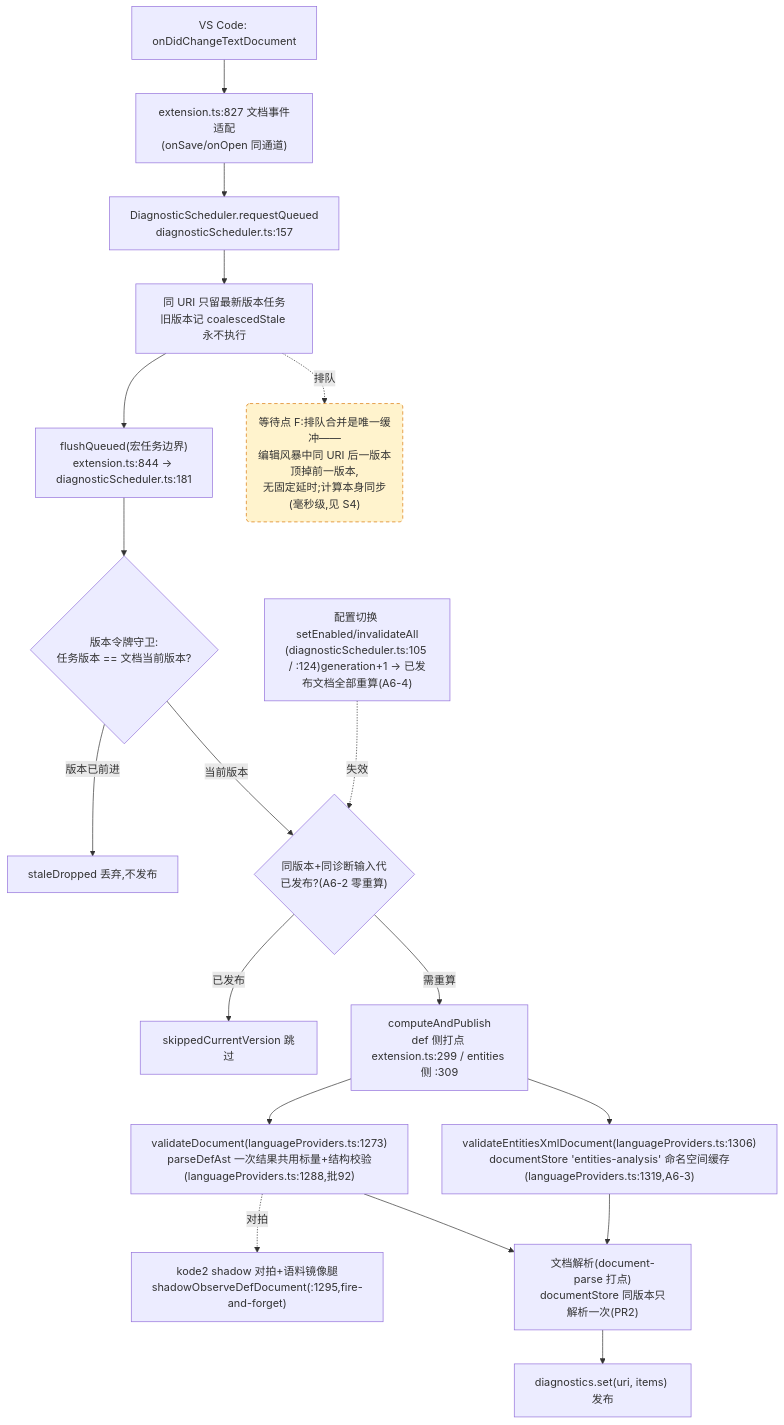
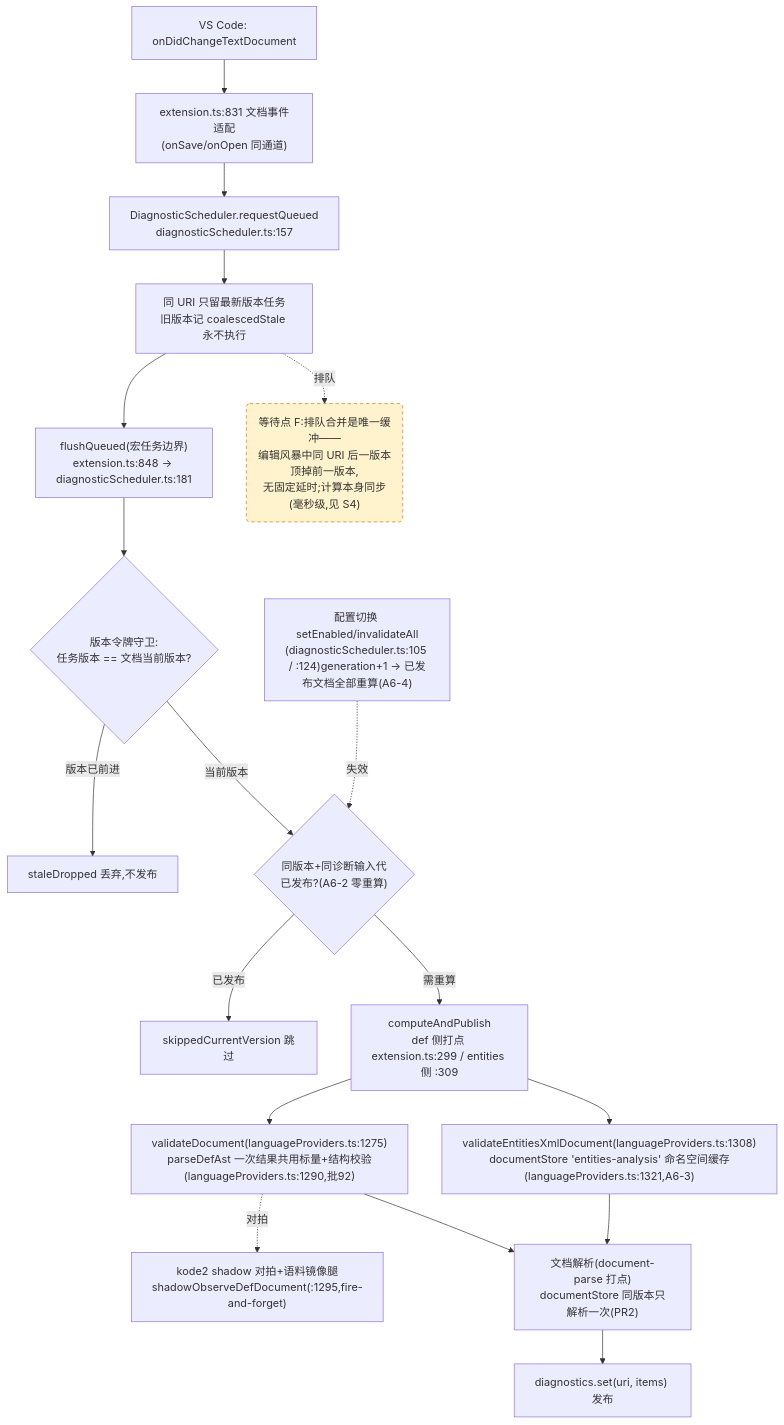
Before and after one commit to cuihairu/kode: the fourth of 4 diagrams in docs/perf/2026-baseline.md, drawn with Mermaid. The commit also changed other lines of this file and 5 other files, not shown here.

````diff
--- a/docs/perf/2026-baseline.md
+++ b/docs/perf/2026-baseline.md
@@ -214,38 +214,38 @@
 ```mermaid
 flowchart TD
   CHG["VS Code: onDidChangeTextDocument"]
-  WATCH["extension.ts:827 文档事件适配<br/>(onSave/onOpen 同通道)"]
+  WATCH["extension.ts:831 文档事件适配<br/>(onSave/onOpen 同通道)"]
   RQ["DiagnosticScheduler.requestQueued<br/>diagnosticScheduler.ts:157"]
   CO["同 URI 只留最新版本任务<br/>旧版本记 coalescedStale 永不执行"]
-  FL["flushQueued(宏任务边界)<br/>extension.ts:844 → diagnosticScheduler.ts:181"]
+  FL["flushQueued(宏任务边界)<br/>extension.ts:848 → diagnosticScheduler.ts:181"]
   VG{"版本令牌守卫:<br/>任务版本 == 文档当前版本?"}
   DROP["staleDropped 丢弃,不发布"]
   GEN{"同版本+同诊断输入代<br/>已发布?(A6-2 零重算)"}
   SKIP["skippedCurrentVersion 跳过"]
   CALC["computeAndPublish<br/>def 侧打点 extension.ts:299 / entities 侧 :309"]
-  VD["validateDocument(languageProviders.ts:1273)<br/>parseDefAst 一次结果共用标量+结构校验(languageProviders.ts:1288,批92)"]
-  VEX["validateEntitiesXmlDocument(languageProviders.ts:1306)<br/>documentStore 'entities-analysis' 命名空间缓存(languageProviders.ts:1319,A6-3)"]
+  VD["validateDocument(languageProviders.ts:1275)<br/>parseDefAst 一次结果共用标量+结构校验(languageProviders.ts:1290,批92)"]
+  VEX["validateEntitiesXmlDocument(languageProviders.ts:1308)<br/>documentStore 'entities-analysis' 命名空间缓存(languageProviders.ts:1321,A6-3)"]
   SHDD["kode2 shadow 对拍+语料镜像腿<br/>shadowObserveDefDocument(:1295,fire-and-forget)"]
   DS["文档解析(document-parse 打点)<br/>documentStore 同版本只解析一次(PR2)"]
   PUB["diagnostics.set(uri, items) 发布"]
   CFG2["配置切换 setEnabled/invalidateAll<br/>(diagnosticScheduler.ts:105 / :124)generation+1 → 已发布文档全部重算(A6-4)"]
 
   CHG --> WATCH --> RQ --> CO --> FL --> VG
   VG -- "版本已前进" --> DROP
   VG -- "当前版本" --> GEN
   GEN -- "已发布" --> SKIP
   GEN -- "需重算" --> CALC
   CALC --> VD
   CALC --> VEX
   VD --> DS
   VEX --> DS
   DS --> PUB
   VD -.->|对拍| SHDD
   CFG2 -.->|失效| GEN
 
   WAITF("等待点 F:排队合并是唯一缓冲——<br/>编辑风暴中同 URI 后一版本顶掉前一版本,<br/>无固定延时;计算本身同步(毫秒级,见 S4)")
   CO -.->|排队| WAITF
 
   classDef waitPoint fill:#fff3cd,stroke:#d97706,stroke-dasharray:5 4;
   class WAITF waitPoint;
 ```
````
